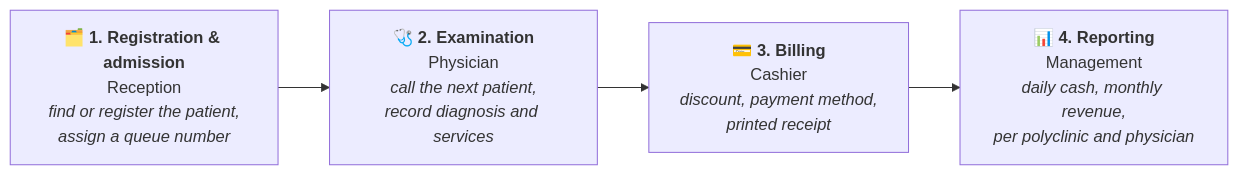
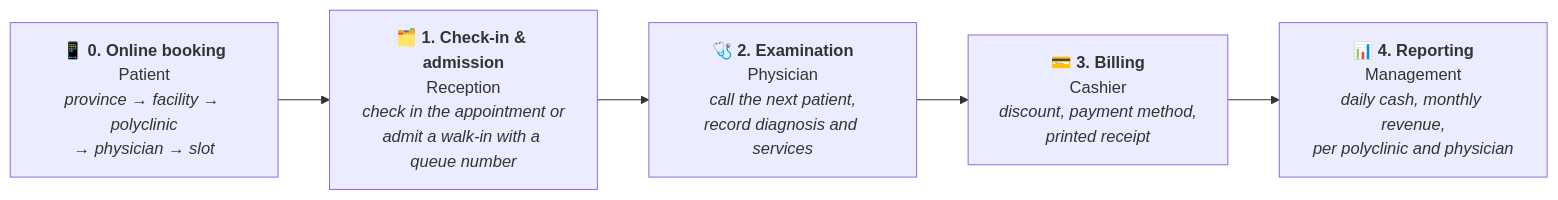
The diagram in README.en.md (kilicchalitt/klinova), drawn with Mermaid before and after one commit. The commit also changed other lines of this file and 1 other file, not shown here.

First line of the commit message:
docs: present Klinova 2.0 with online appointments in the README

````diff
--- a/README.en.md
+++ b/README.en.md
@@ -47,8 +54,9 @@
 ```mermaid
 flowchart LR
-    A["🗂️ <b>1. Registration & admission</b><br/>Reception<br/><i>find or register the patient,<br/>assign a queue number</i>"]
+    R["📱 <b>0. Online booking</b><br/>Patient<br/><i>province → facility → polyclinic<br/>→ physician → slot</i>"]
+    A["🗂️ <b>1. Check-in & admission</b><br/>Reception<br/><i>check in the appointment or<br/>admit a walk-in with a queue number</i>"]
     B["🩺 <b>2. Examination</b><br/>Physician<br/><i>call the next patient,<br/>record diagnosis and services</i>"]
     C["💳 <b>3. Billing</b><br/>Cashier<br/><i>discount, payment method,<br/>printed receipt</i>"]
     D["📊 <b>4. Reporting</b><br/>Management<br/><i>daily cash, monthly revenue,<br/>per polyclinic and physician</i>"]
-    A --> B --> C --> D
+    R --> A --> B --> C --> D
 ```
````
